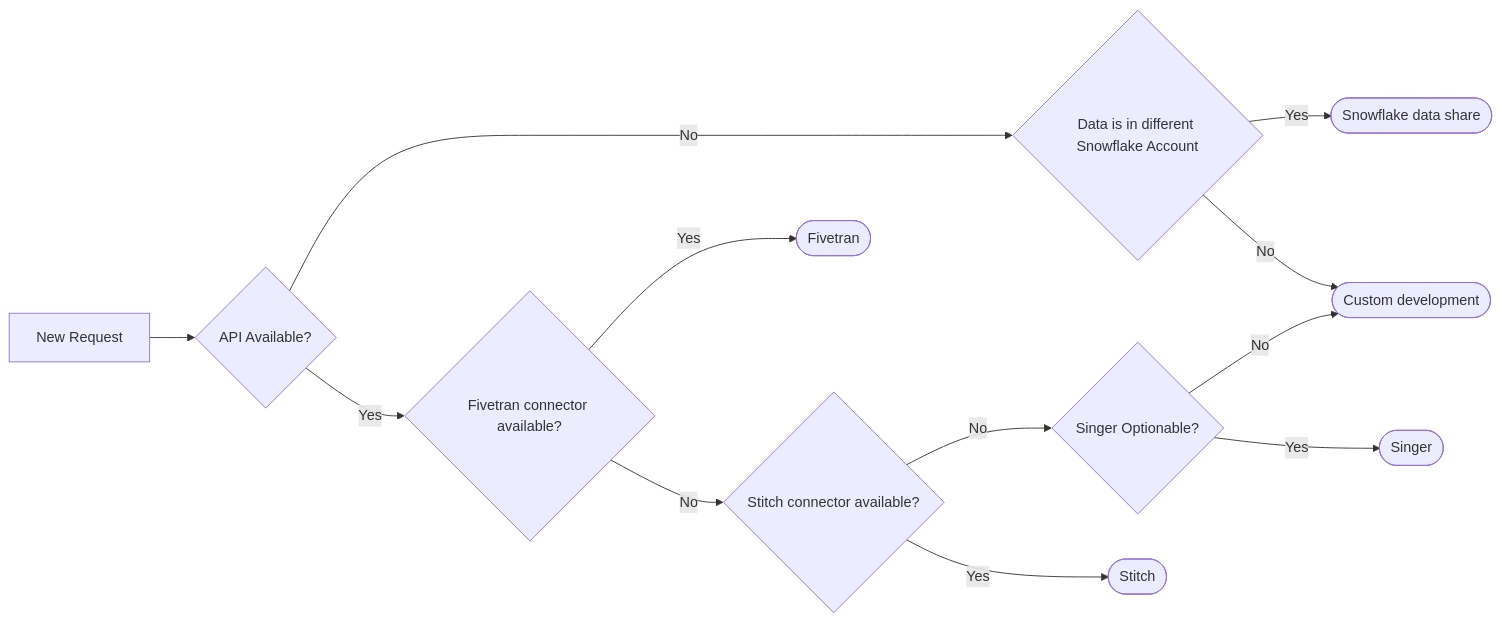
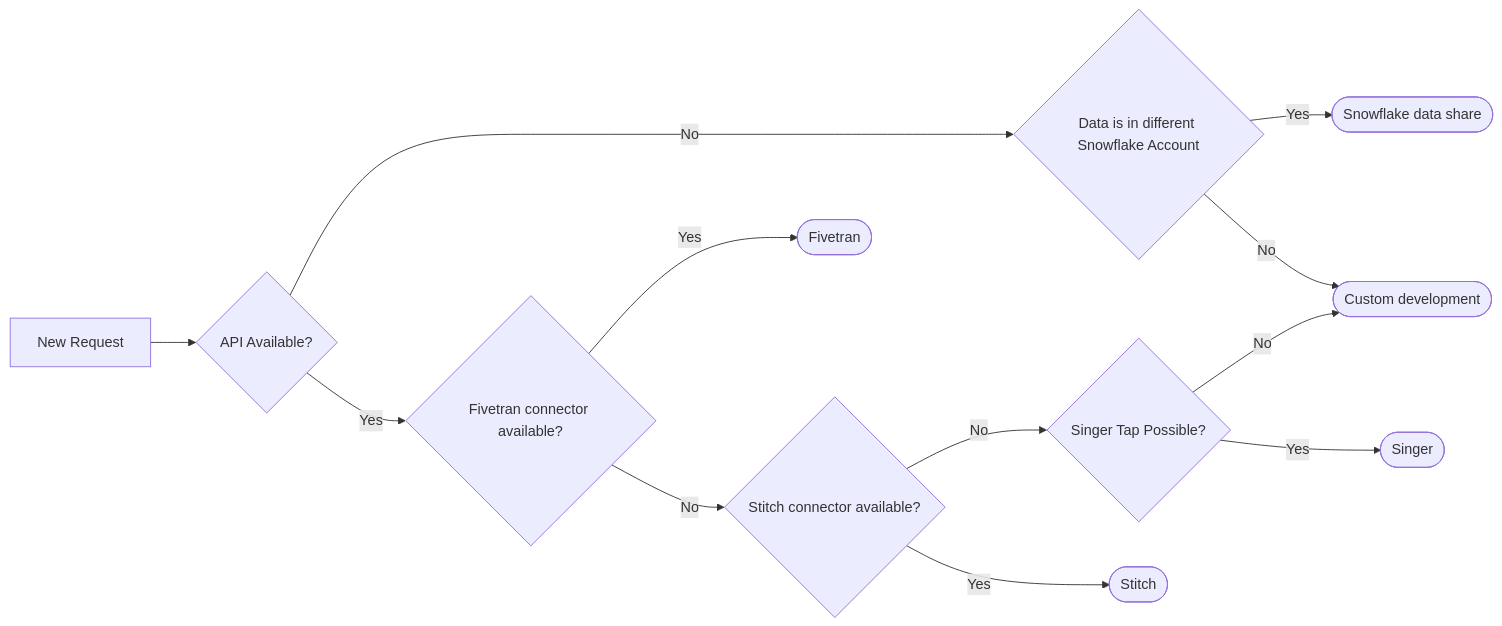
The diagram in business-technology/data-team/how-we-work/new-data-source/index.html.md (secretstartups/handbook), drawn with Mermaid before and after one commit.

Commit message:
Apply 1 suggestion(s) to 1 file(s)

````diff
--- a/business-technology/data-team/how-we-work/new-data-source/index.html.md
+++ b/business-technology/data-team/how-we-work/new-data-source/index.html.md
@@ -75,30 +75,30 @@
 ```mermaid
 graph LR
    
 %%descisions
     api_available{API Available?}
     fivetran_connector_available{Fivetran connector available?}
     stitch_connector_available{Stitch connector available?}
     data_is_ext_snowflake_sources{Data is in different Snowflake Account}
-    singer_option{Singer Optionable?}
+    singer_option{Singer Tap Possible?}
 
 %%end solutions
     Custom([Custom development])
     Fivetran([Fivetran])
     Singer([Singer])
     Stitch([Stitch])
     Snowflake_datashare([Snowflake data share])
 
 %%flow
     ds_request[New Request]-->api_available 
     api_available-->|No|data_is_ext_snowflake_sources
     api_available-->|Yes|fivetran_connector_available
     stitch_connector_available-->|Yes|Stitch
     fivetran_connector_available-->|Yes|Fivetran
     fivetran_connector_available-->|No|stitch_connector_available
     stitch_connector_available-->|No|singer_option
     singer_option-->|Yes|Singer
     singer_option-->|No|Custom
     data_is_ext_snowflake_sources-->|Yes|Snowflake_datashare
     data_is_ext_snowflake_sources-->|No|Custom
 ```
````
